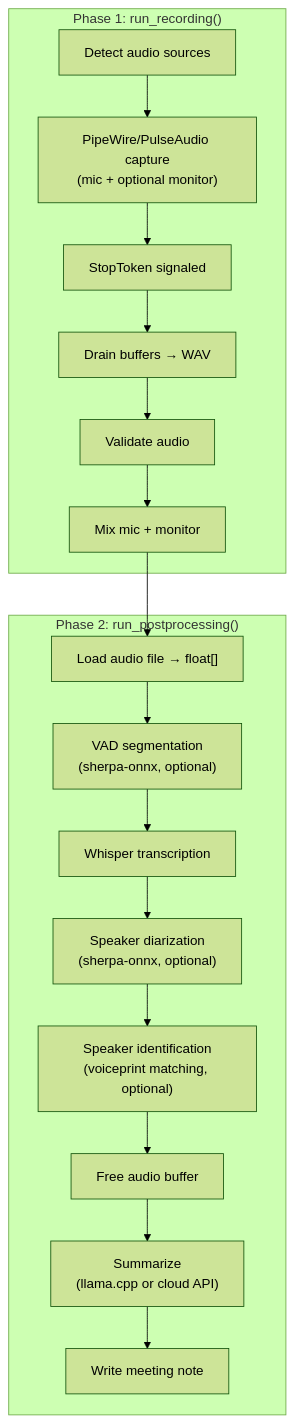
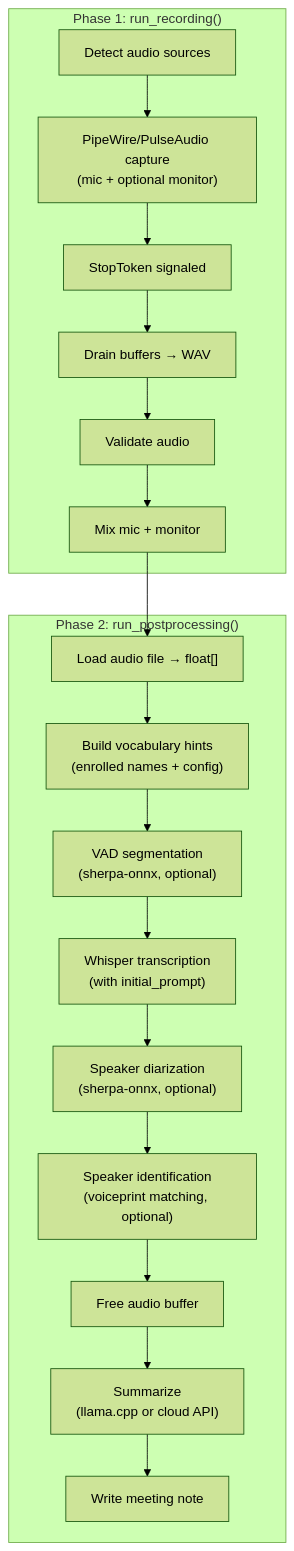
One commit to suykerbuyk/recmeet changed the second of 14 diagrams in docs/ARCHITECTURE.md. Above: the diagram before and after it, drawn with Mermaid (forest theme). The commit also changed other lines of this file and 16 other files, not shown here.

````diff
--- a/docs/ARCHITECTURE.md
+++ b/docs/ARCHITECTURE.md
@@ -215,26 +215,27 @@
 ```mermaid
 flowchart TD
     subgraph "Phase 1: run_recording()"
         DETECT["Detect audio sources"]
         CAPTURE["PipeWire/PulseAudio capture<br/>(mic + optional monitor)"]
         STOP["StopToken signaled"]
         DRAIN["Drain buffers → WAV"]
         VALIDATE["Validate audio"]
         MIX["Mix mic + monitor"]
     end
 
     subgraph "Phase 2: run_postprocessing()"
         LOAD_AUDIO["Load audio file → float[]"]
+        VOCAB["Build vocabulary hints<br/>(enrolled names + config)"]
         VAD["VAD segmentation<br/>(sherpa-onnx, optional)"]
-        TRANSCRIBE["Whisper transcription"]
+        TRANSCRIBE["Whisper transcription<br/>(with initial_prompt)"]
         DIARIZE["Speaker diarization<br/>(sherpa-onnx, optional)"]
         IDENTIFY["Speaker identification<br/>(voiceprint matching, optional)"]
         FREE_AUDIO["Free audio buffer"]
         SUMMARIZE["Summarize<br/>(llama.cpp or cloud API)"]
         NOTE["Write meeting note"]
     end
 
     DETECT --> CAPTURE --> STOP --> DRAIN --> VALIDATE --> MIX
-    MIX --> LOAD_AUDIO --> VAD --> TRANSCRIBE --> DIARIZE
+    MIX --> LOAD_AUDIO --> VOCAB --> VAD --> TRANSCRIBE --> DIARIZE
     DIARIZE --> IDENTIFY --> FREE_AUDIO --> SUMMARIZE --> NOTE
 ```
````
